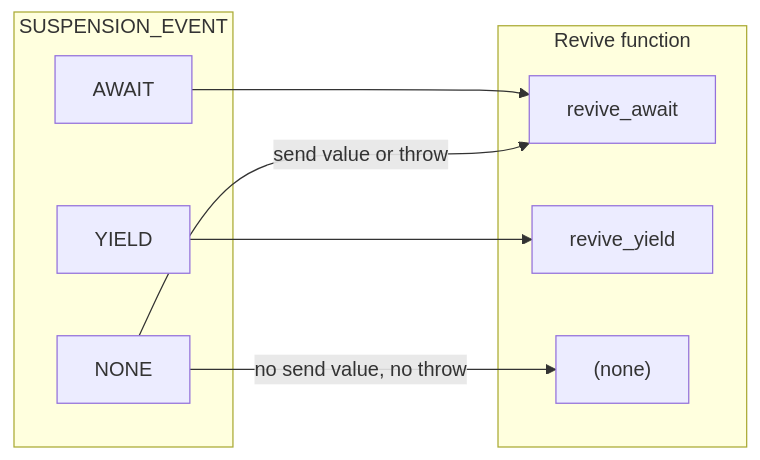
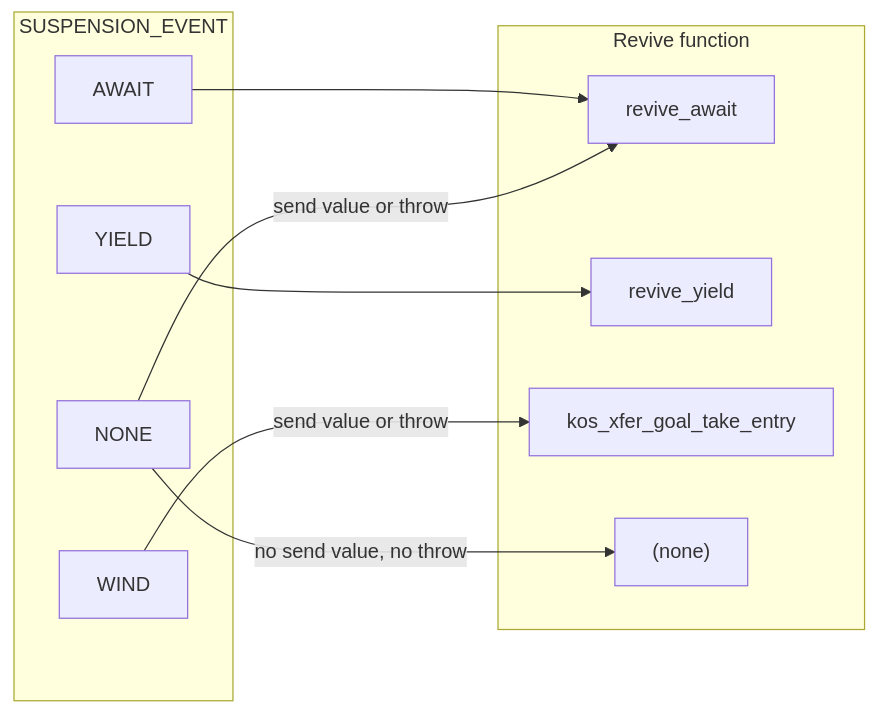
Before and after one commit to koskari-lang/koskari: diagram 12 of 12 in design/EVALUATOR.md, drawn with Mermaid. The commit also changed other lines of this file, not shown here.

````diff
--- a/design/EVALUATOR.md
+++ b/design/EVALUATOR.md
@@ -1522,17 +1528,20 @@
 ```mermaid
 flowchart LR
     subgraph events["SUSPENSION_EVENT"]
         AWAIT
         YIELD
+        WIND
         NONE
     end
     subgraph revives["Revive function"]
         revive_await["revive_await"]
         revive_yield["revive_yield"]
+        take_entry["kos_xfer_goal_take_entry"]
         no_revive["(none)"]
     end
     AWAIT --> revive_await
     YIELD --> revive_yield
+    WIND -->|"send value or throw"| take_entry
     NONE -->|"no send value, no throw"| no_revive
     NONE -->|"send value or throw"| revive_await
 ```
````
